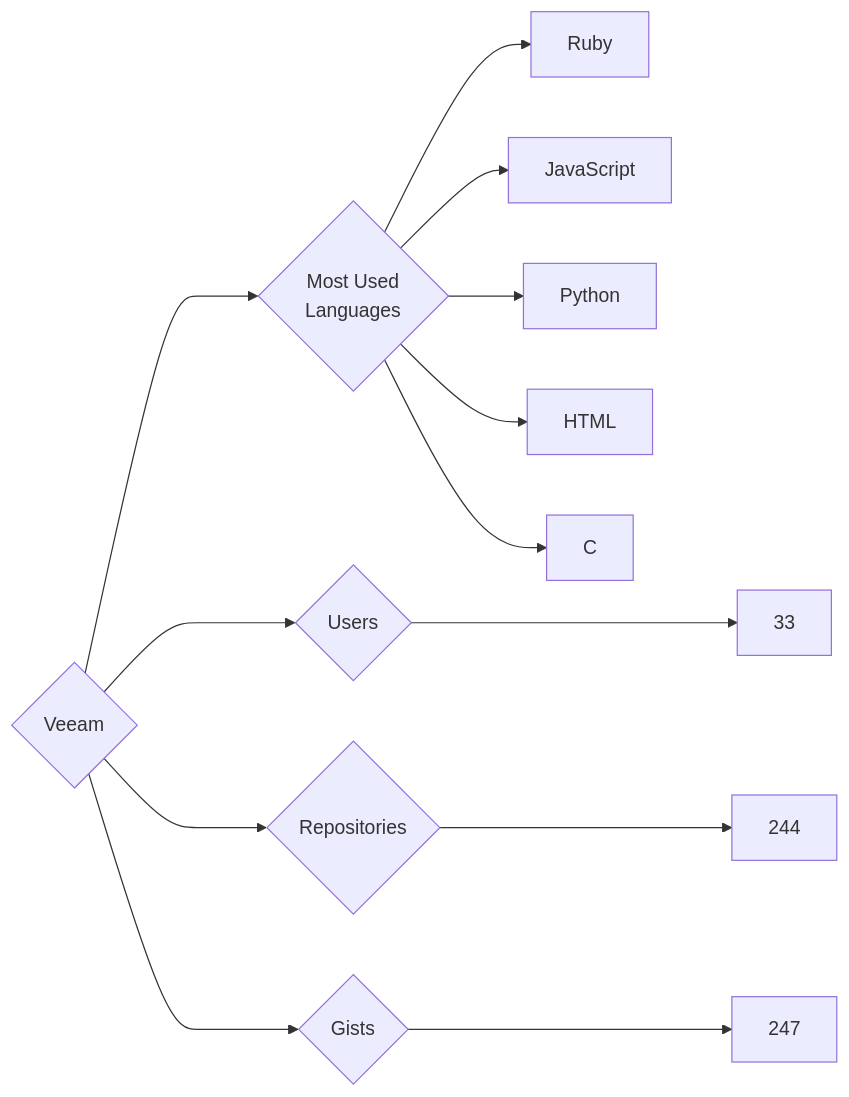
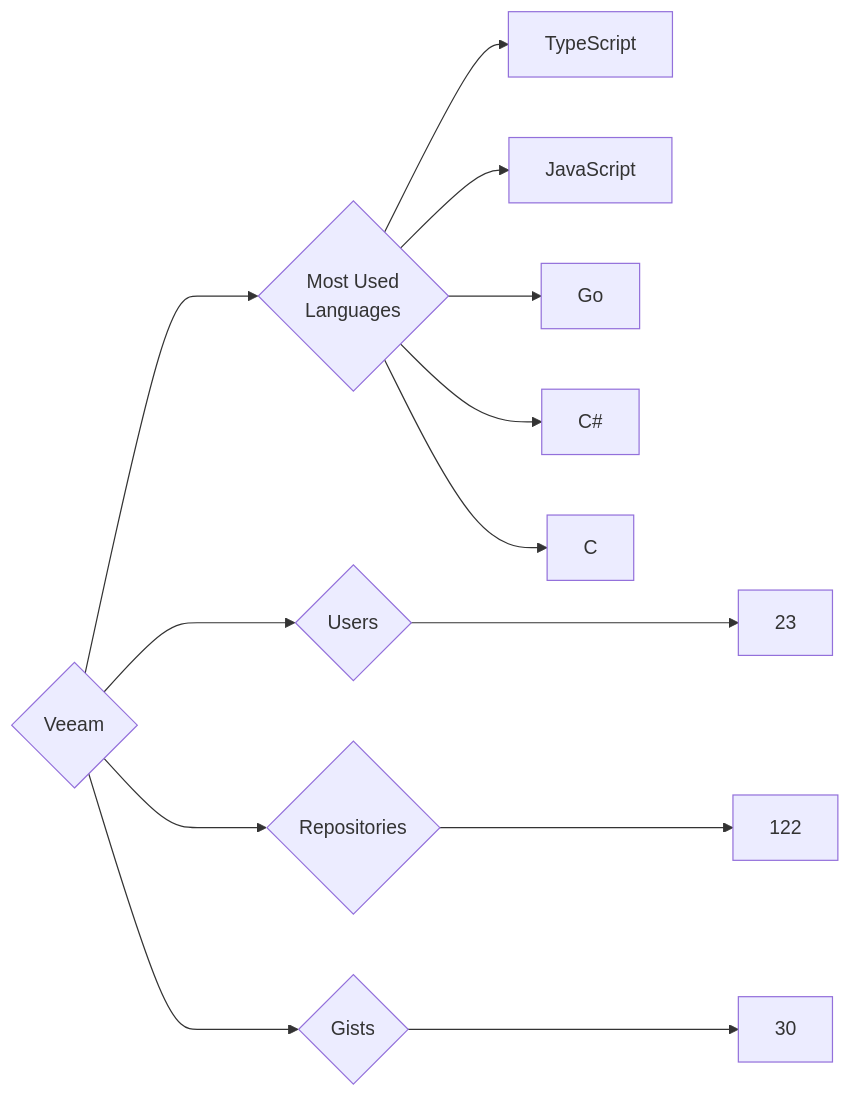
The diagram in targets/Veeam/README.md (trickest/insiders), drawn with Mermaid before and after one commit. The commit also changed 773 other files, not shown here.

````diff
--- a/targets/Veeam/README.md
+++ b/targets/Veeam/README.md
@@ -3,13 +3,13 @@
 ```mermaid
 graph LR
 COMPANY_NAME{Veeam}
-COMPANY_NAME ---> U{Users} ---> UN[33]
-COMPANY_NAME ---> R{Repositories} ---> RN[244]
-COMPANY_NAME ---> G{Gists} ---> GN[247]
+COMPANY_NAME ---> U{Users} ---> UN[23]
+COMPANY_NAME ---> R{Repositories} ---> RN[122]
+COMPANY_NAME ---> G{Gists} ---> GN[30]
 COMPANY_NAME ---> ML{Most Used<br>Languages}
-ML --> Ruby[Ruby]
+ML --> TypeScript[TypeScript]
 ML --> JavaScript[JavaScript]
-ML --> Python[Python]
-ML --> HTML[HTML]
+ML --> Go[Go]
+ML --> C#[C#]
 ML --> C[C]
 ```
````
